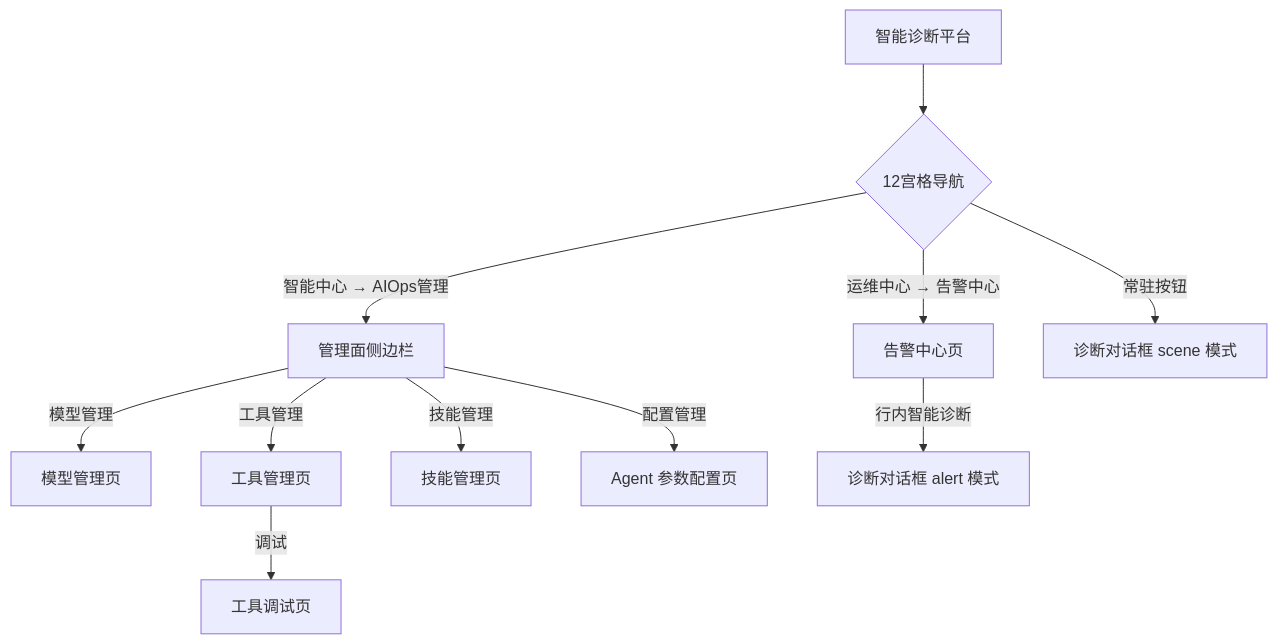
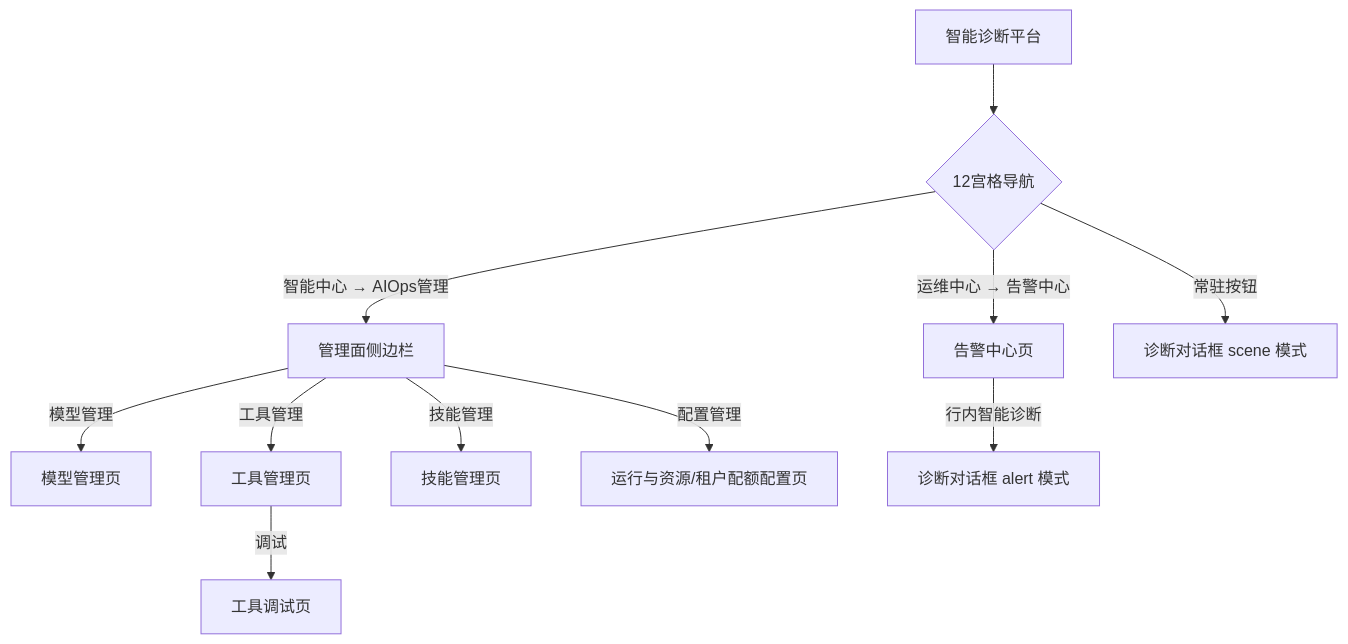
The first of 5 diagrams in src/pages/AIOps/IntelligentDiagnosis/prd.md (MeehanCole/prototype-platform), drawn with Mermaid before and after one commit. The commit also changed other lines of this file and 7 other files, not shown here.

````diff
--- a/src/pages/AIOps/IntelligentDiagnosis/prd.md
+++ b/src/pages/AIOps/IntelligentDiagnosis/prd.md
@@ -238,13 +246,13 @@
 ```mermaid
 flowchart TD
     A[智能诊断平台] --> B{12宫格导航}
     B -->|智能中心 → AIOps管理| C[管理面侧边栏]
     C -->|模型管理| D[模型管理页]
     C -->|工具管理| E[工具管理页]
     C -->|技能管理| F[技能管理页]
-    C -->|配置管理| F6[Agent 参数配置页]
+    C -->|配置管理| F6[运行与资源/租户配额配置页]
     B -->|运维中心 → 告警中心| G[告警中心页]
     B -->|常驻按钮| H[诊断对话框 scene 模式]
     G -->|行内智能诊断| I[诊断对话框 alert 模式]
     E -->|调试| J[工具调试页]
 ```
````
